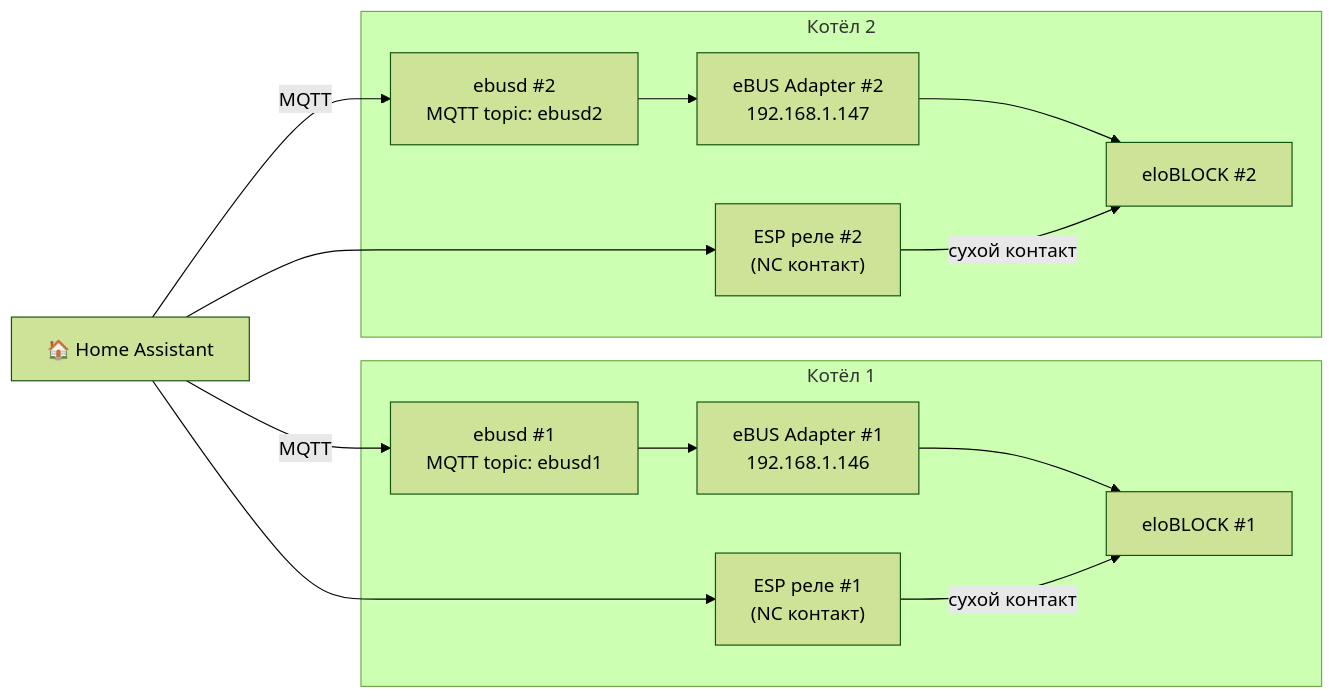
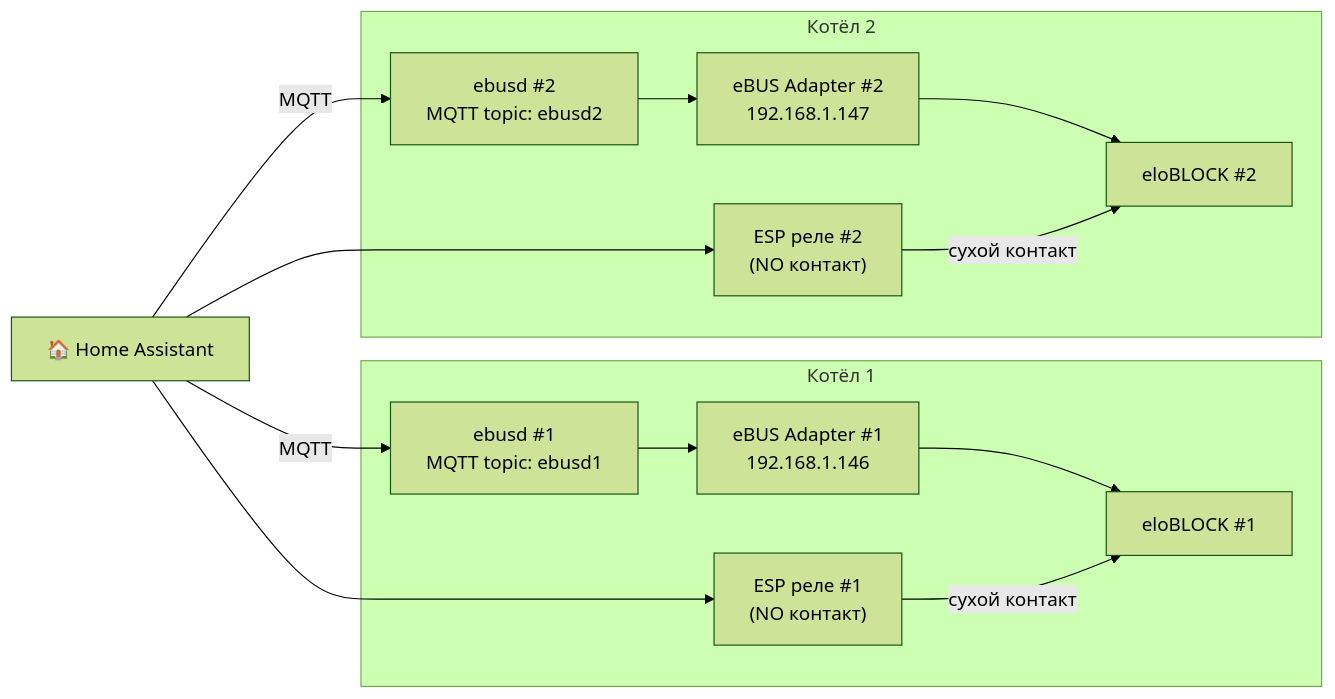
The seventh of 7 diagrams in HABR_ARTICLE.md (Gfermoto/Vaillant), drawn with Mermaid (forest theme) before and after one commit. The commit also changed other lines of this file and 5 other files, not shown here.

````diff
--- a/HABR_ARTICLE.md
+++ b/HABR_ARTICLE.md
@@ -548,27 +548,27 @@
 ```mermaid
 graph LR
     HA["🏠 Home Assistant"]
 
     subgraph Boiler1["Котёл 1"]
         ebusd1["ebusd #1\nMQTT topic: ebusd1"]
         Adapter1["eBUS Adapter #1\n192.168.1.146"]
-        Relay1["ESP реле #1\n(NC контакт)"]
+        Relay1["ESP реле #1\n(NO контакт)"]
         VE1["eloBLOCK #1"]
         ebusd1 --> Adapter1 --> VE1
         Relay1 -- "сухой контакт" --> VE1
     end
 
     subgraph Boiler2["Котёл 2"]
         ebusd2["ebusd #2\nMQTT topic: ebusd2"]
         Adapter2["eBUS Adapter #2\n192.168.1.147"]
-        Relay2["ESP реле #2\n(NC контакт)"]
+        Relay2["ESP реле #2\n(NO контакт)"]
         VE2["eloBLOCK #2"]
         ebusd2 --> Adapter2 --> VE2
         Relay2 -- "сухой контакт" --> VE2
     end
 
     HA -- "MQTT" --> ebusd1
     HA -- "MQTT" --> ebusd2
     HA --> Relay1
     HA --> Relay2
 ```
````
